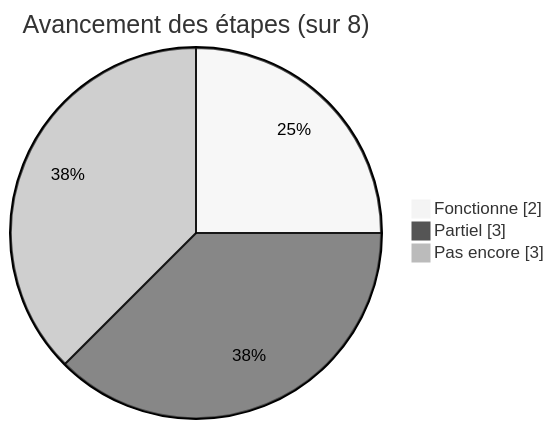
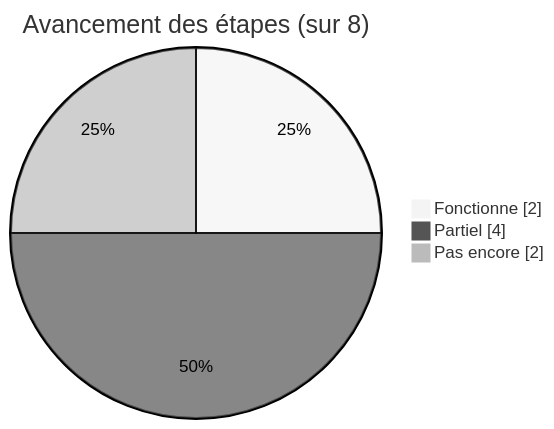
One commit to Cyanexani/cold-project-vi changed the first of 9 diagrams in README.md. Above: the diagram before and after it, drawn with Mermaid (neutral theme). The commit also changed other lines of this file and 11 other files, not shown here.

````diff
--- a/README.md
+++ b/README.md
@@ -46,7 +46,7 @@
 ```mermaid
 pie showData
     title Avancement des étapes (sur 8)
     "Fonctionne" : 2
-    "Partiel" : 3
-    "Pas encore" : 3
+    "Partiel" : 4
+    "Pas encore" : 2
 ```
````
